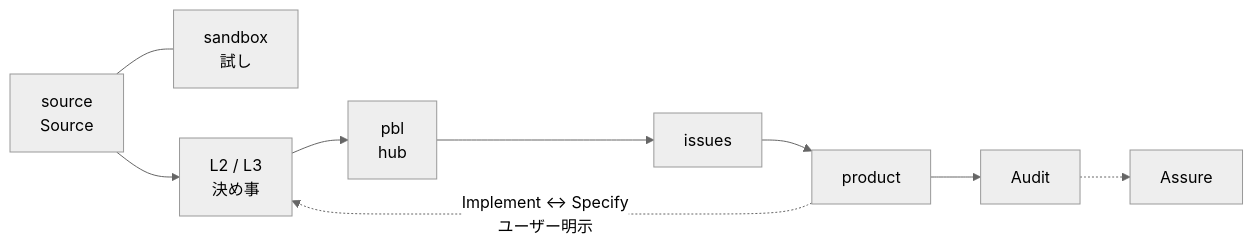
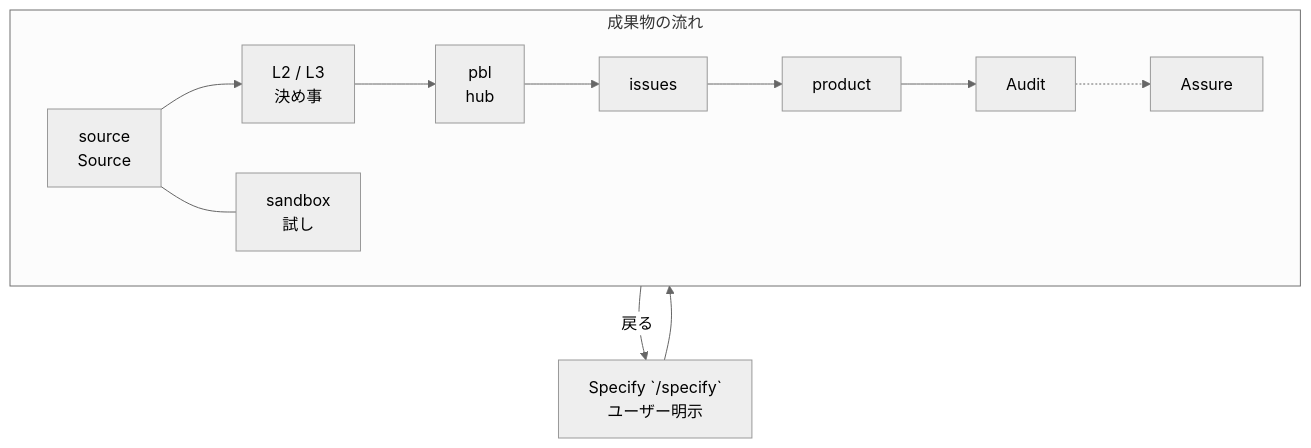
Before and after one commit to mizumizue/forgos: the third of 3 diagrams in README.md, drawn with Mermaid (neutral theme). The commit also changed other lines of this file and 3 other files, not shown here.

Commit message:
Show Specify above the pipeline with return order product→Specify→L2/L3.

````diff
--- a/README.md
+++ b/README.md
@@ -76,11 +76,16 @@
 ```mermaid
-flowchart LR
-  d["source<br/>Source"] --- sand["sandbox<br/>試し"]
-  d --> p["L2 / L3<br/>決め事"]
-  p --> m["pbl<br/>hub"]
-  m --> c["issues"]
-  c --> i["product"]
-  i --> a["Audit"]
-  a -.-> s["Assure"]
-  i -.->|Implement ↔ Specify<br/>ユーザー明示| p
+flowchart TB
+  spec["Specify `/specify`<br/>ユーザー明示"]
+  spec --> p
+  subgraph pipe [成果物の流れ]
+    direction LR
+    d["source<br/>Source"] --- sand["sandbox<br/>試し"]
+    d --> p["L2 / L3<br/>決め事"]
+    p --> m["pbl<br/>hub"]
+    m --> c["issues"]
+    c --> i["product"]
+    i --> a["Audit"]
+    a -.-> s["Assure"]
+  end
+  i -->|戻る| spec
 ```
````
